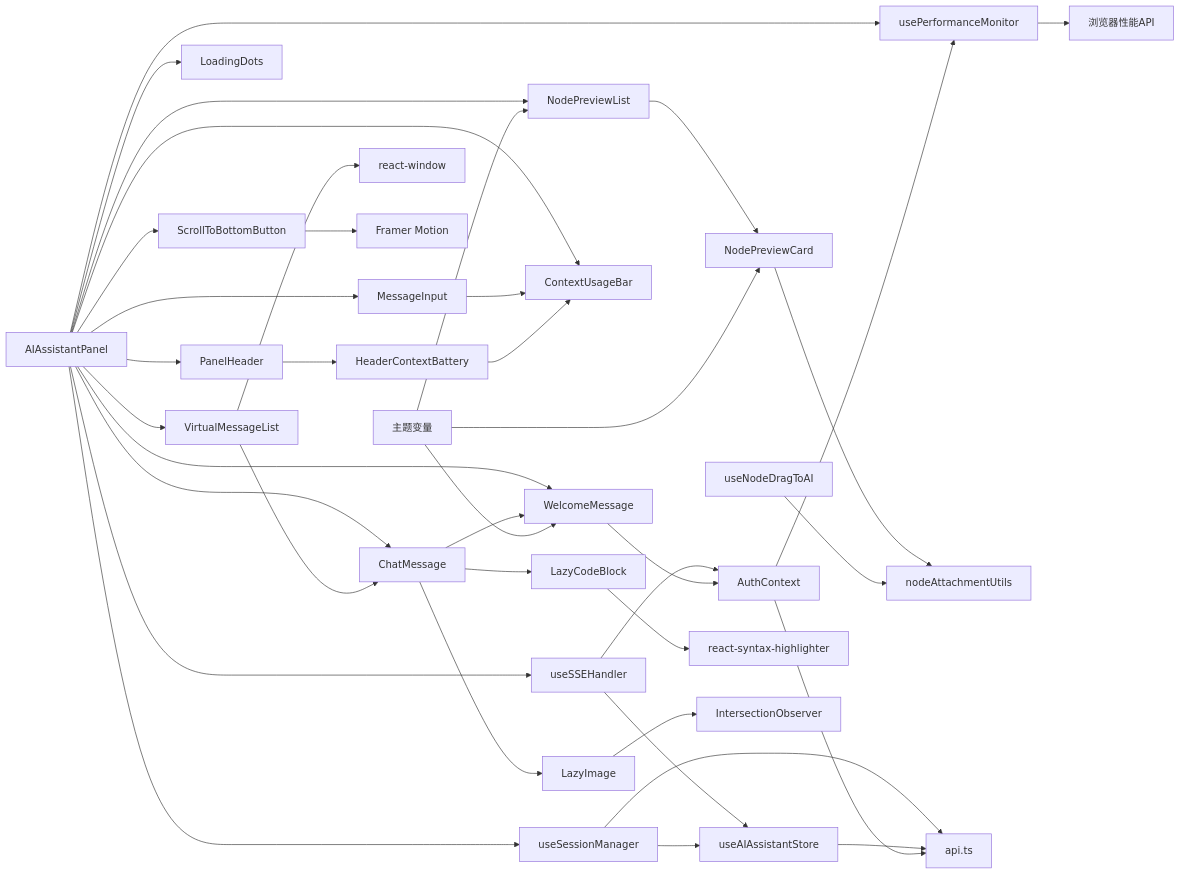
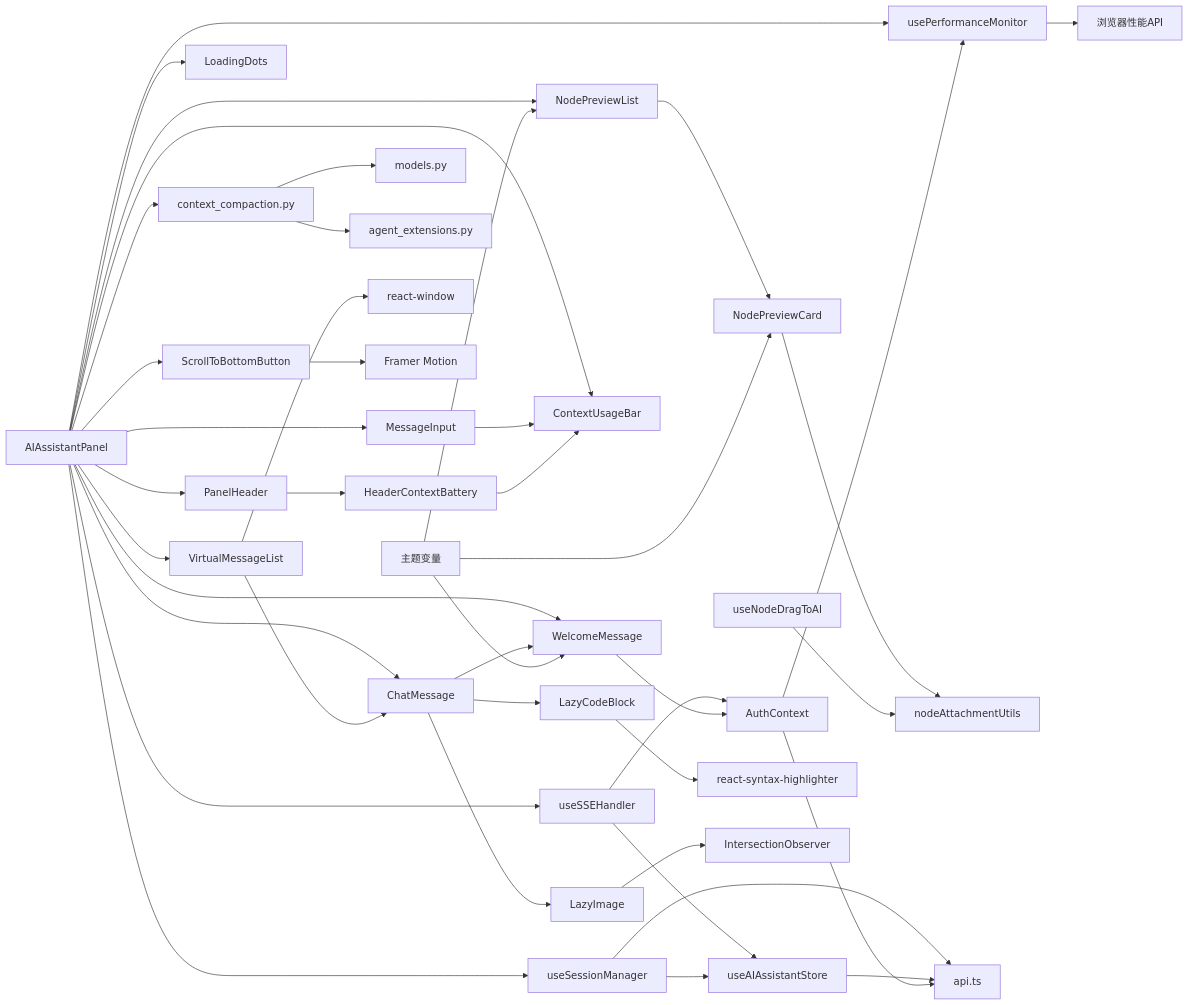
Diagram 33 of 33 in .qoder/repowiki/zh/content/前端应用架构/UI组件库/画布组件系统/AI助手面板/AI助手面板.md (KunLabAI/KunFlix), drawn with Mermaid before and after one commit. The commit also changed other lines of this file and 14 other files, not shown here.

First line of the commit message:
feat(context_compaction): 新增智能上下文压缩功能

````diff
--- a/.qoder/repowiki/zh/content/前端应用架构/UI组件库/画布组件系统/AI助手面板/AI助手面板.md
+++ b/.qoder/repowiki/zh/content/前端应用架构/UI组件库/画布组件系统/AI助手面板/AI助手面板.md
@@ -1377,41 +1543,44 @@
 ```mermaid
 graph LR
 AIP["AIAssistantPanel"] --> CHAT["ChatMessage"]
 AIP --> INPUT["MessageInput"]
 AIP --> HDR["PanelHeader"]
 AIP --> SSE["useSSEHandler"]
 AIP --> SESS["useSessionManager"]
 AIP --> PERF["usePerformanceMonitor"]
 AIP --> CONTEXT["ContextUsageBar"]
 AIP --> LOADING["LoadingDots"]
 AIP --> VLIST["VirtualMessageList"]
 AIP --> SCROLLBTN["ScrollToBottomButton"]
 AIP --> ATTACHMENTPREVIEW["NodePreviewList"]
 AIP --> WELCOME["WelcomeMessage"]
+AIP --> COMPACT["context_compaction.py"]
 HDR --> HEADERCTX["HeaderContextBattery"]
 VLIST --> CHAT
 CHAT --> LAZYCODE["LazyCodeBlock"]
 CHAT --> LAZYIMG["LazyImage"]
 CHAT --> WELCOME
 ATTACHMENTPREVIEW --> NODEPREVIEW["NodePreviewCard"]
 NODEPREVIEW --> ATTACHMENTUTILS["nodeAttachmentUtils"]
 DRAGTOAI["useNodeDragToAI"] --> ATTACHMENTUTILS
 SSE --> STORE["useAIAssistantStore"]
 SESS --> STORE
 SESS --> API["api.ts"]
 SSE --> AUTH["AuthContext"]
+COMPACT --> MODELS["models.py"]
+COMPACT --> AGENTEXT["agent_extensions.py"]
 STORE --> API
 INPUT --> CONTEXT
 HEADERCTX --> CONTEXT
 WELCOME --> AUTH
 AUTH --> API
 AUTH --> PERF
 PERF --> BROWSER["浏览器性能API"]
 VLIST --> REACTWINDOW["react-window"]
 SCROLLBTN --> FRAMERMOTION["Framer Motion"]
 LAZYCODE --> SYNTAXHIGHLIGHTER["react-syntax-highlighter"]
 LAZYIMG --> INTERSECTIONOBSERVER["IntersectionObserver"]
 THEMEVARS["主题变量"] --> NODEPREVIEW
 THEMEVARS --> ATTACHMENTPREVIEW
 THEMEVARS --> WELCOME
 ```
````
